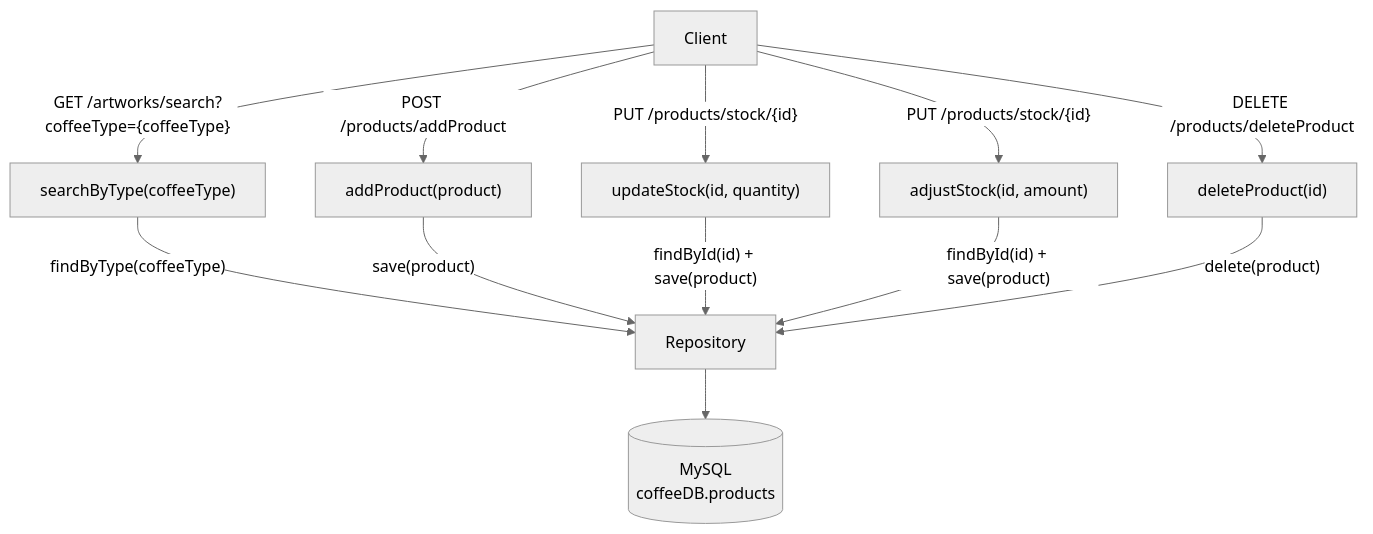
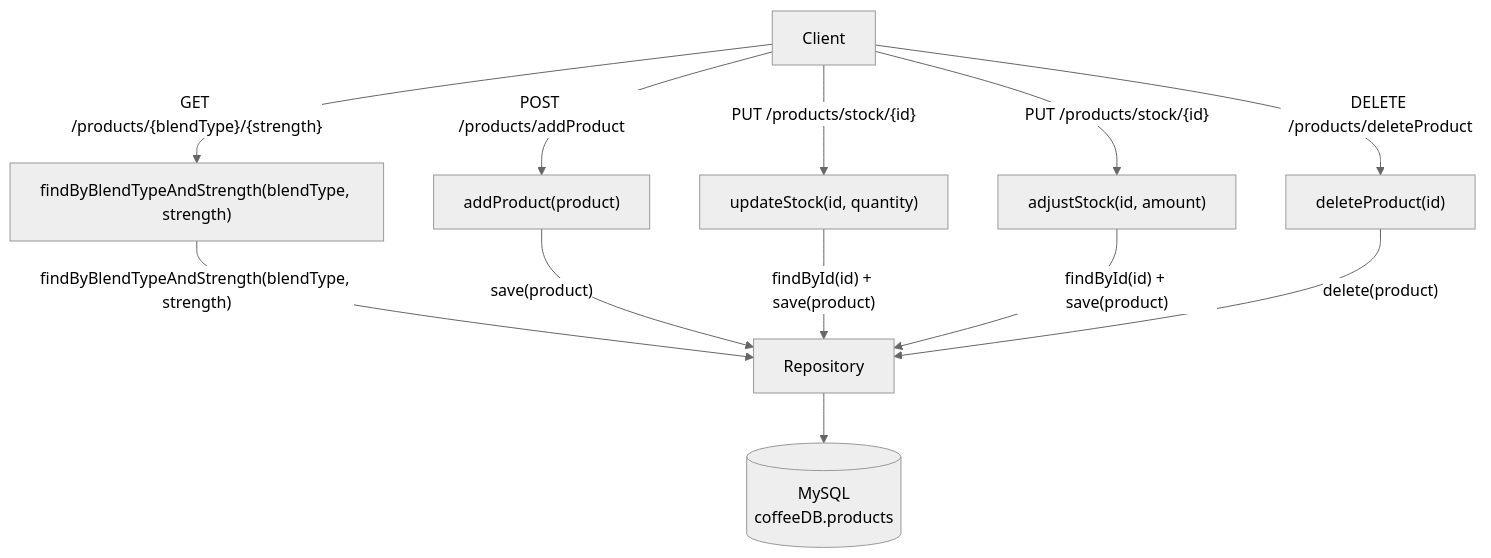
The diagram in README.md (Jade-Evans/group-2-project), drawn with Mermaid (neutral theme) before and after one commit. The commit also changed other lines of this file and 8 other files, not shown here.

````diff
--- a/README.md
+++ b/README.md
@@ -12,19 +12,19 @@
 ```mermaid
 
 flowchart TD
     Client["Client"]
-    Client -->|"GET /artworks/search?coffeeType={coffeeType}"| SearchByType["searchByType(coffeeType)"]
+    Client -->|"GET /products/{blendType}/{strength}"| SearchByType["findByBlendTypeAndStrength(blendType, strength)"]
     Client -->|"POST /products/addProduct"| CreateProduct["addProduct(product)"]
     Client -->|"PUT /products/stock/{id}"| UpdateStock["updateStock(id, quantity)"]
     Client -->|"PUT /products/stock/{id}"| AdjustStock["adjustStock(id, amount)"]
     Client --> |"DELETE /products/deleteProduct"| DeleteById["deleteProduct(id)"]
     
-    SearchByType -->|"findByType(coffeeType)"| Repository
+    SearchByType -->|"findByBlendTypeAndStrength(blendType, strength)"| Repository
     CreateProduct -->|"save(product)"| Repository
     UpdateStock-->|"findById(id) + save(product)"| Repository
     AdjustStock-->|"findById(id) + save(product)"| Repository
     DeleteById -->|"delete(product)"| Repository
     
     Repository --> Database[("MySQL<br/>coffeeDB.products")]
 
 ```
````
